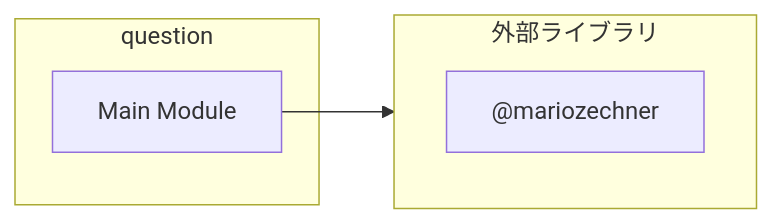
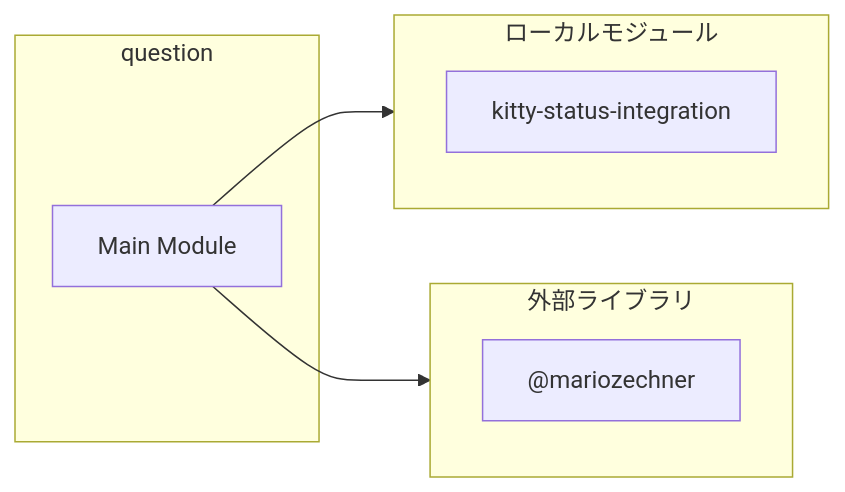
The third of 5 diagrams in ABDD/.pi/extensions/question.md (Mekann2904/mekann), drawn with Mermaid before and after one commit. The commit also changed other lines of this file and 189 other files, not shown here.

````diff
--- a/ABDD/.pi/extensions/question.md
+++ b/ABDD/.pi/extensions/question.md
@@ -123,13 +152,17 @@
 ```mermaid
 flowchart LR
   subgraph this[question]
     main[Main Module]
   end
+  subgraph local[ローカルモジュール]
+    kitty_status_integration["kitty-status-integration"]
+  end
+  main --> local
   subgraph external[外部ライブラリ]
     _mariozechner["@mariozechner"]
     _mariozechner["@mariozechner"]
     _mariozechner["@mariozechner"]
     _mariozechner["@mariozechner"]
   end
   main --> external
 ```
````
